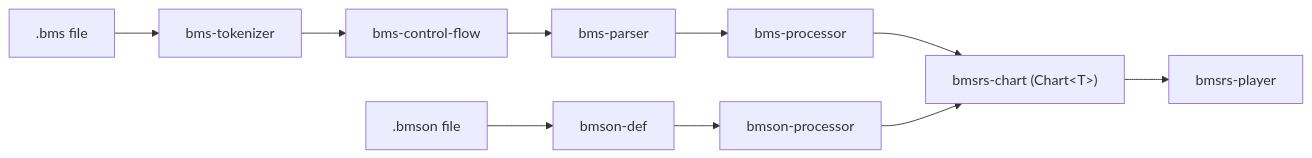
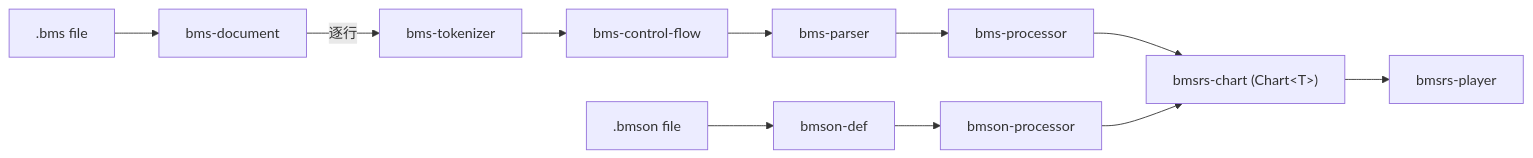
The diagram in AGENTS.md (brightmeows/bmsrs), drawn with Mermaid before and after one commit. The commit also changed other lines of this file and 33 other files, not shown here.

````diff
--- a/AGENTS.md
+++ b/AGENTS.md
@@ -12,14 +12,15 @@
 ```mermaid
 flowchart LR
-    BMS[".bms file"] --> Tok[bms-tokenizer]
+    BMS[".bms file"] --> Doc[bms-document]
+    Doc -->|逐行| Tok[bms-tokenizer]
     Tok --> CF[bms-control-flow]
     CF --> Par[bms-parser]
     Par --> BProc[bms-processor]
 
     BMSON[".bmson file"] --> BDef[bmson-def]
     BDef --> BMProc[bmson-processor]
 
     BProc --> Chart["bmsrs-chart (Chart&lt;T&gt;)"]
     BMProc --> Chart
     Chart --> Player[bmsrs-player]
 ```
````
